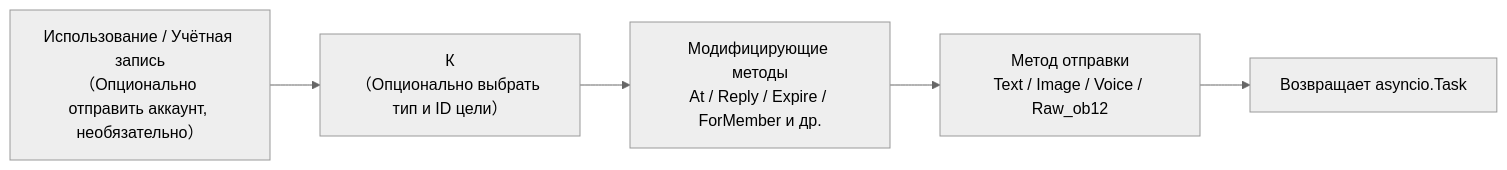
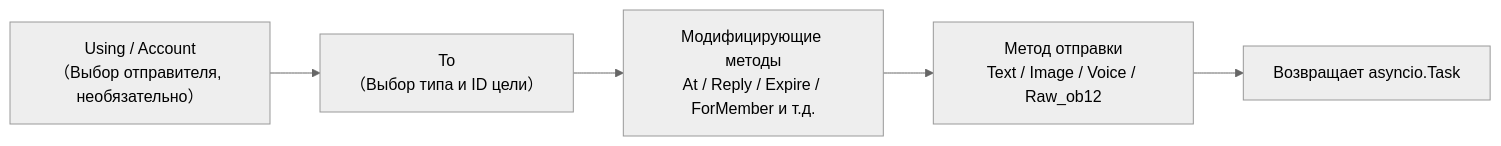
Before and after one commit to ErisPulse/ErisPulse: the first of 2 diagrams in docs/ru/developer-guide/adapters/send-dsl.md, drawn with Mermaid (neutral theme). The commit also changed other lines of this file and 622 other files, not shown here.

````diff
--- a/docs/ru/developer-guide/adapters/send-dsl.md
+++ b/docs/ru/developer-guide/adapters/send-dsl.md
@@ -33,7 +33,7 @@
 ```mermaid
 flowchart LR
-    A["Использование / Учётная запись<br/>（Опционально отправить аккаунт, необязательно）"] --> B["К<br/>（Опционально выбрать тип и ID цели）"]
-    B --> C["Модифицирующие методы<br/>At / Reply / Expire / ForMember и др."]
+    A["Using / Account<br/>（Выбор отправителя, необязательно）"] --> B["To<br/>（Выбор типа и ID цели）"]
+    B --> C["Модифицирующие методы<br/>At / Reply / Expire / ForMember и т.д."]
     C --> D["Метод отправки<br/>Text / Image / Voice / Raw_ob12"]
     D --> E["Возвращает asyncio.Task"]
 ```
````
